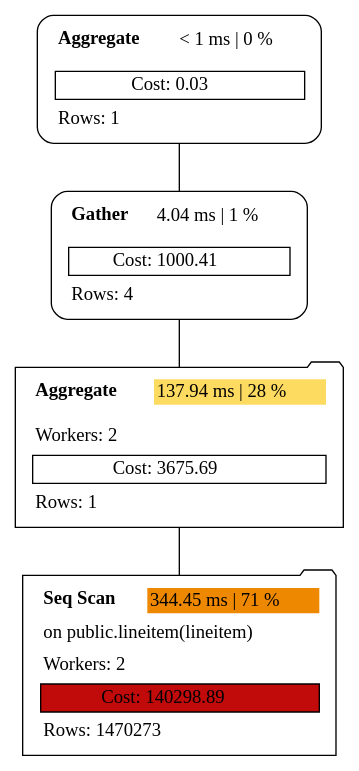
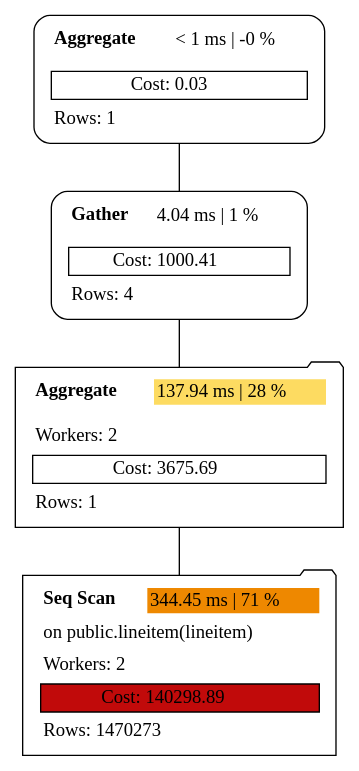
The diagram in examples/plan_parallel.dot (sanpii/explain), drawn with Graphviz before and after one commit. The commit also changed 13 other files, not shown here.

```diff
--- a/examples/plan_parallel.dot
+++ b/examples/plan_parallel.dot
@@ -1,9 +1,9 @@
 graph explain {
-    node0[label=<<table border="0" cellborder="0" cellspacing="5"><tr><td align="left"><b>Aggregate</b></td><td>&lt; 1 ms | 0 %</td></tr><tr><td colspan="2" align="left"></td></tr><tr><td colspan="2" border="1" >Cost: 0.03</td></tr><tr><td colspan="2" align="left">Rows: 1</td></tr></table>>][style="rounded"][shape="box"];
+    node0[label=<<table border="0" cellborder="0" cellspacing="5"><tr><td align="left"><b>Aggregate</b></td><td>&lt; 1 ms | -0 %</td></tr><tr><td colspan="2" align="left"></td></tr><tr><td colspan="2" border="1" >Cost: 0.03</td></tr><tr><td colspan="2" align="left">Rows: 1</td></tr></table>>][style="rounded"][shape="box"];
     node1[label=<<table border="0" cellborder="0" cellspacing="5"><tr><td align="left"><b>Gather</b></td><td bgcolor="white">4.04 ms | 1 %</td></tr><tr><td colspan="2" align="left"></td></tr><tr><td colspan="2" border="1" >Cost: 1000.41</td></tr><tr><td colspan="2" align="left">Rows: 4</td></tr></table>>][style="rounded"][shape="box"];
     node2[label=<<table border="0" cellborder="0" cellspacing="5"><tr><td align="left"><b>Aggregate</b></td><td bgcolor="#fddb61">137.94 ms | 28 %</td></tr><tr><td colspan="2" align="left"></td></tr><tr><td colspan="2" align="left">Workers: 2</td></tr><tr><td colspan="2" border="1" >Cost: 3675.69</td></tr><tr><td colspan="2" align="left">Rows: 1</td></tr></table>>][style="rounded"][shape="folder"];
     node3[label=<<table border="0" cellborder="0" cellspacing="5"><tr><td align="left"><b>Seq Scan</b></td><td bgcolor="#ee8800">344.45 ms | 71 %</td></tr><tr><td colspan="2" align="left">on public.lineitem(lineitem)</td></tr><tr><td colspan="2" align="left">Workers: 2</td></tr><tr><td colspan="2" border="1" bgcolor="#c10a0a">Cost: 140298.89</td></tr><tr><td colspan="2" align="left">Rows: 1470273</td></tr></table>>][style="rounded"][shape="folder"];
     node0 -- node1[label=""];
     node1 -- node2[label=""];
     node2 -- node3[label=""];
 }
```
